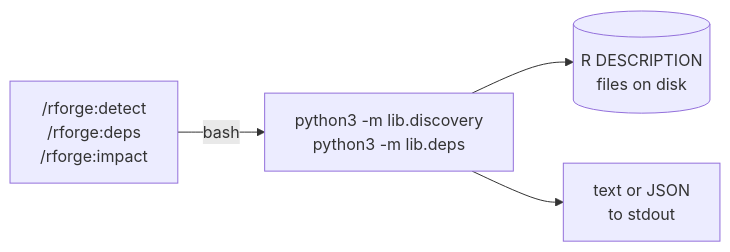
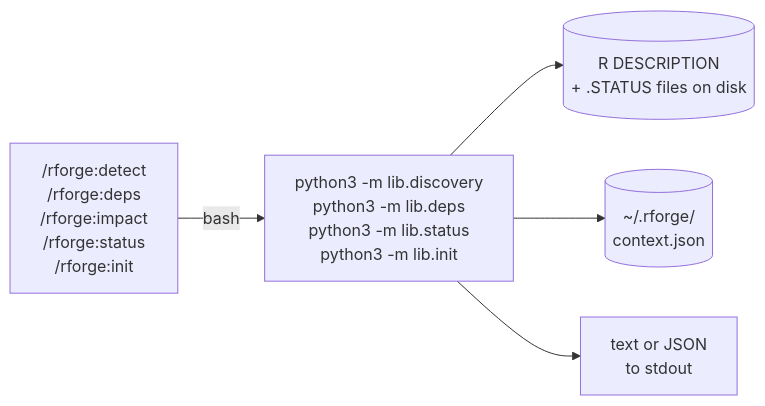
Before and after one commit to Data-Wise/rforge: the diagram in docs/lib-modules.md, drawn with Mermaid. The commit also changed other lines of this file and 23 other files, not shown here.

````diff
--- a/docs/lib-modules.md
+++ b/docs/lib-modules.md
@@ -20,6 +21,7 @@
 ```mermaid
 flowchart LR
-    cmd["/rforge:detect<br>/rforge:deps<br>/rforge:impact"] -->|bash| py[python3 -m lib.discovery<br>python3 -m lib.deps]
-    py --> fs[(R DESCRIPTION<br>files on disk)]
+    cmd["/rforge:detect<br>/rforge:deps<br>/rforge:impact<br>/rforge:status<br>/rforge:init"] -->|bash| py[python3 -m lib.discovery<br>python3 -m lib.deps<br>python3 -m lib.status<br>python3 -m lib.init]
+    py --> fs[(R DESCRIPTION<br>+ .STATUS files on disk)]
+    py --> state[(~/.rforge/<br>context.json)]
     py --> out[text or JSON<br>to stdout]
 ```
````
